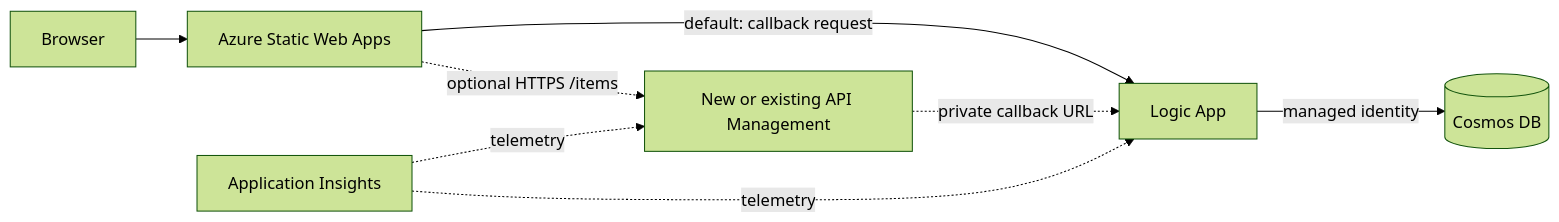
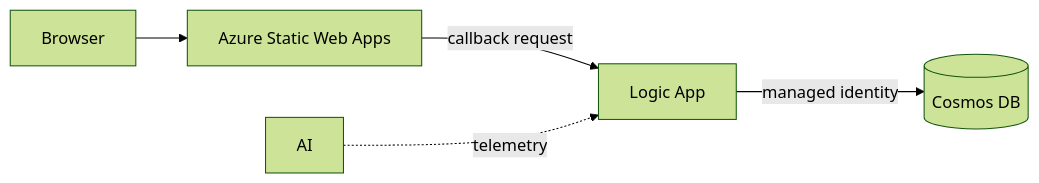
The diagram in labs/01-crud-integration/README.md (scallighan/level-up-azure-integration-services), drawn with Mermaid (forest theme) before and after one commit. The commit also changed other lines of this file and 1 other file, not shown here.

Commit message:
Move APIM guidance to coaches guide

````diff
--- a/labs/01-crud-integration/README.md
+++ b/labs/01-crud-integration/README.md
@@ -24,10 +22,7 @@
 ```mermaid
 flowchart LR
     U[Browser] --> SWA[Azure Static Web Apps]
-    SWA -->|default: callback request| LA[Logic App]
-    SWA -.->|optional HTTPS /items| APIM[New or existing API Management]
-    APIM -.->|private callback URL| LA
+    SWA -->|callback request| LA[Logic App]
     LA -->|managed identity| DB[(Cosmos DB)]
-    AI[Application Insights] -. telemetry .-> APIM
     AI -. telemetry .-> LA
 ```
````
